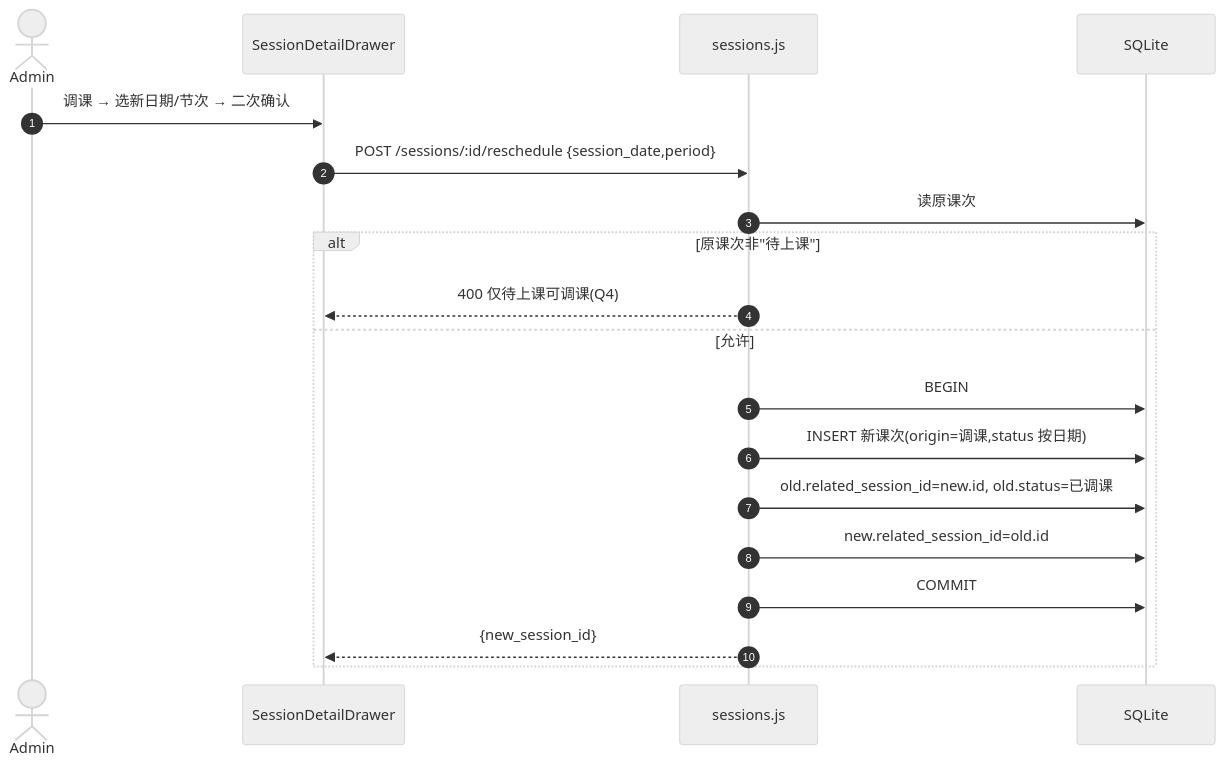
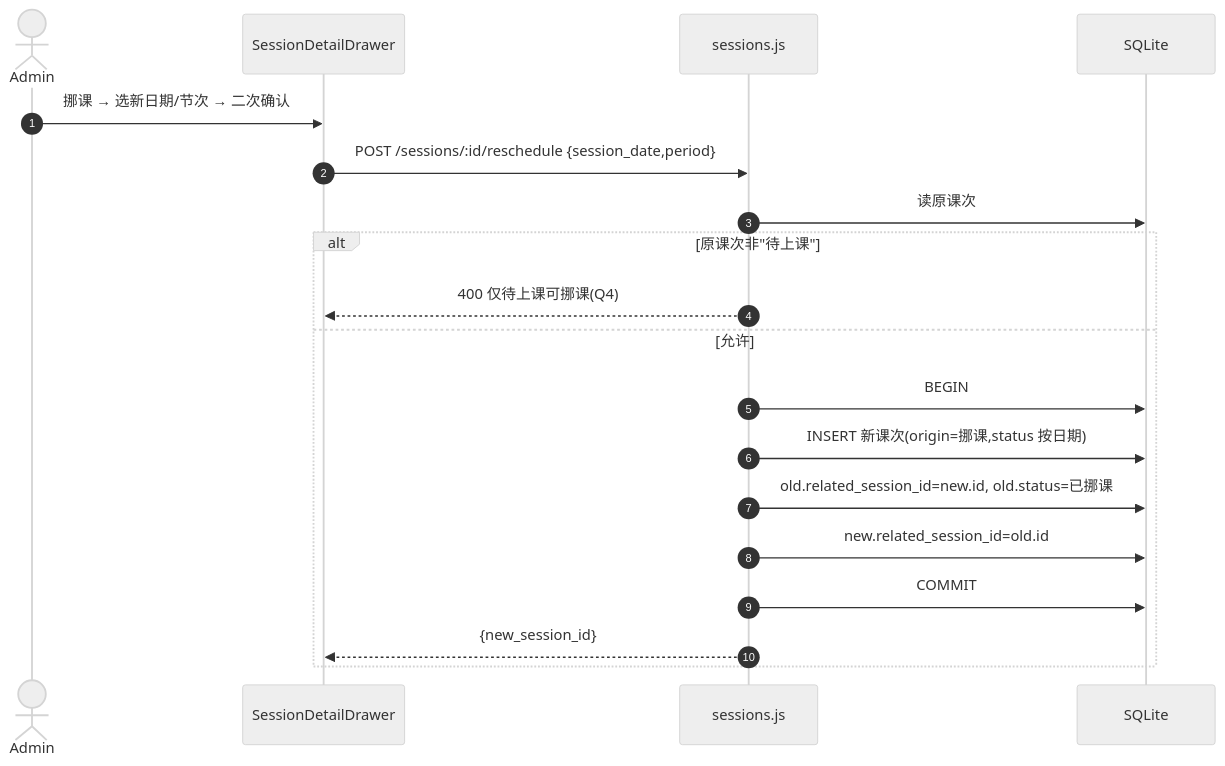
The seventh of 9 diagrams in server/docs/021-课次实体与任课关系-设计.md (gary0828/chuanwai), drawn with Mermaid (neutral theme) before and after one commit. The commit also changed other lines of this file and 35 other files, not shown here.

````diff
--- a/server/docs/021-课次实体与任课关系-设计.md
+++ b/server/docs/021-课次实体与任课关系-设计.md
@@ -630,22 +631,22 @@
 ```mermaid
 sequenceDiagram
     autonumber
     actor Admin
     participant UI as SessionDetailDrawer
     participant R as sessions.js
     participant DB as SQLite
 
-    Admin->>UI: 调课 → 选新日期/节次 → 二次确认
+    Admin->>UI: 挪课 → 选新日期/节次 → 二次确认
     UI->>R: POST /sessions/:id/reschedule {session_date,period}
     R->>DB: 读原课次
     alt 原课次非"待上课"
-      R-->>UI: 400 仅待上课可调课(Q4)
+      R-->>UI: 400 仅待上课可挪课(Q4)
     else 允许
       R->>DB: BEGIN
-      R->>DB: INSERT 新课次(origin=调课,status 按日期)
-      R->>DB: old.related_session_id=new.id, old.status=已调课
+      R->>DB: INSERT 新课次(origin=挪课,status 按日期)
+      R->>DB: old.related_session_id=new.id, old.status=已挪课
       R->>DB: new.related_session_id=old.id
       R->>DB: COMMIT
       R-->>UI: {new_session_id}
     end
 ```
````
